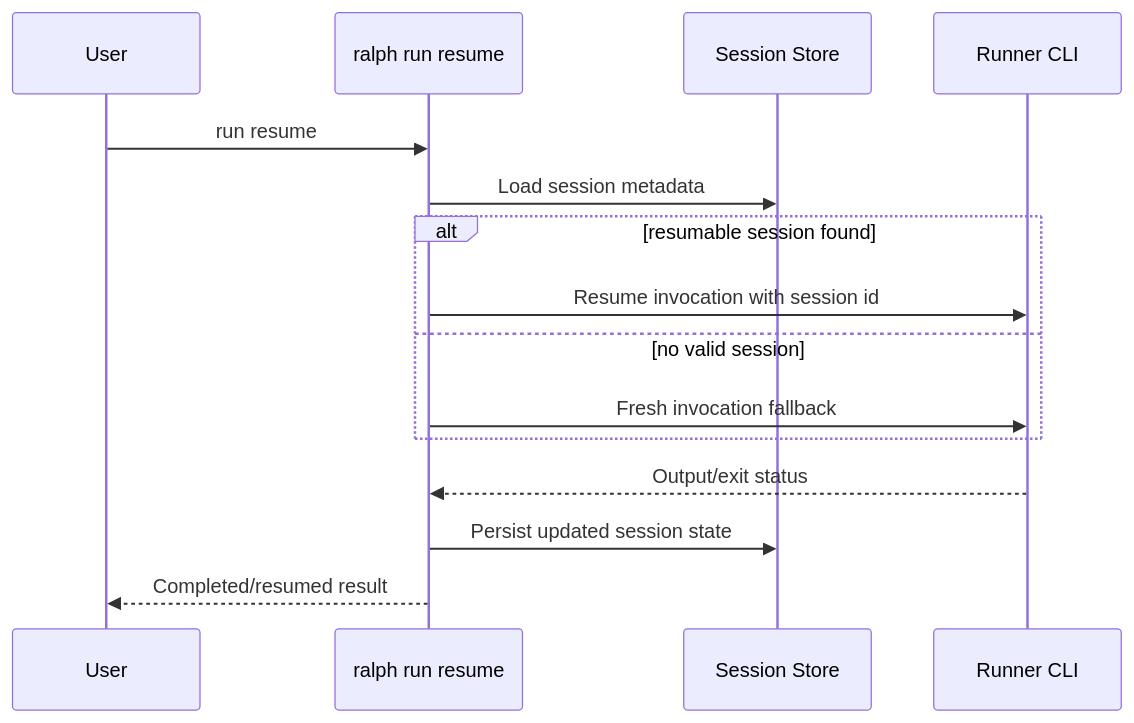
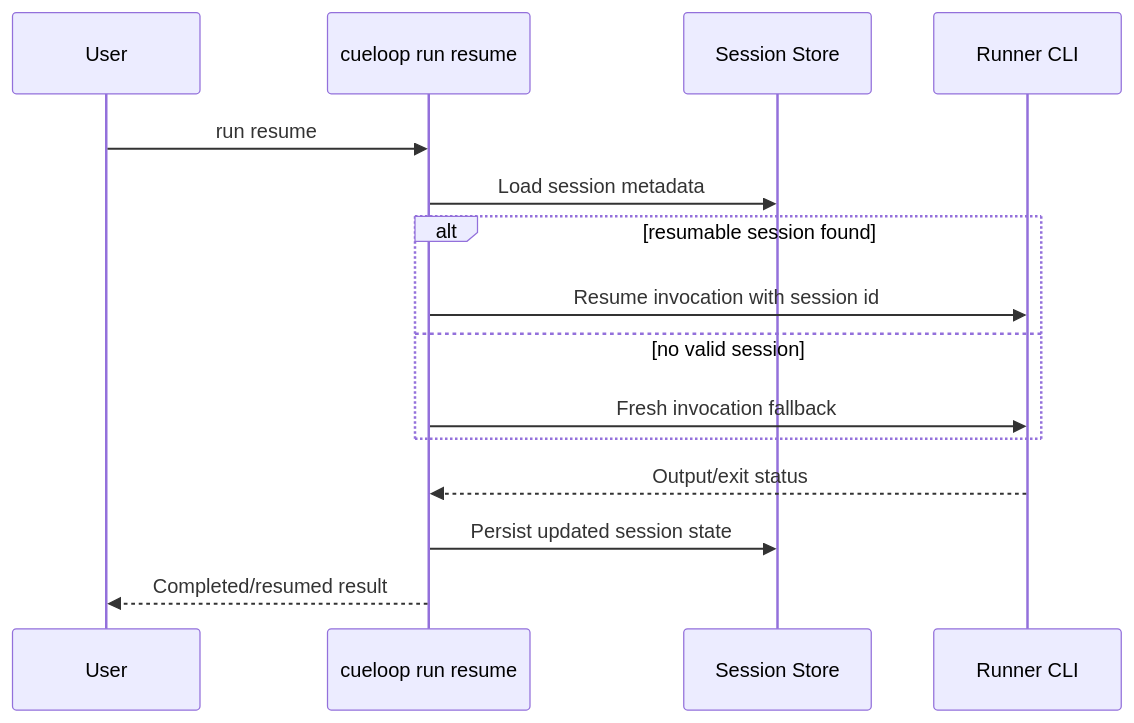
One commit to fitchmultz/cueloop changed the second of 2 diagrams in docs/architecture.md. Above: the diagram before and after it, drawn with Mermaid. The commit also changed other lines of this file and 78 other files, not shown here.

````diff
--- a/docs/architecture.md
+++ b/docs/architecture.md
@@ -114,18 +114,18 @@
 ```mermaid
 sequenceDiagram
   participant User
-  participant CLI as ralph run resume
+  participant CLI as cueloop run resume
   participant Session as Session Store
   participant Runner as Runner CLI
 
   User->>CLI: run resume
   CLI->>Session: Load session metadata
   alt resumable session found
     CLI->>Runner: Resume invocation with session id
   else no valid session
     CLI->>Runner: Fresh invocation fallback
   end
   Runner-->>CLI: Output/exit status
   CLI->>Session: Persist updated session state
   CLI-->>User: Completed/resumed result
 ```
````
